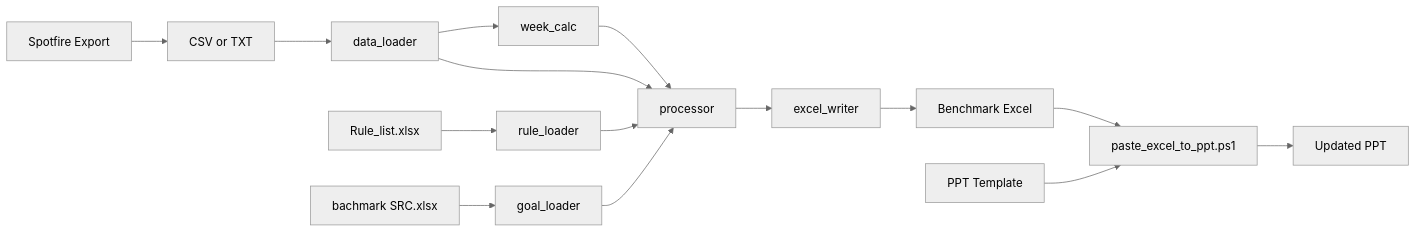
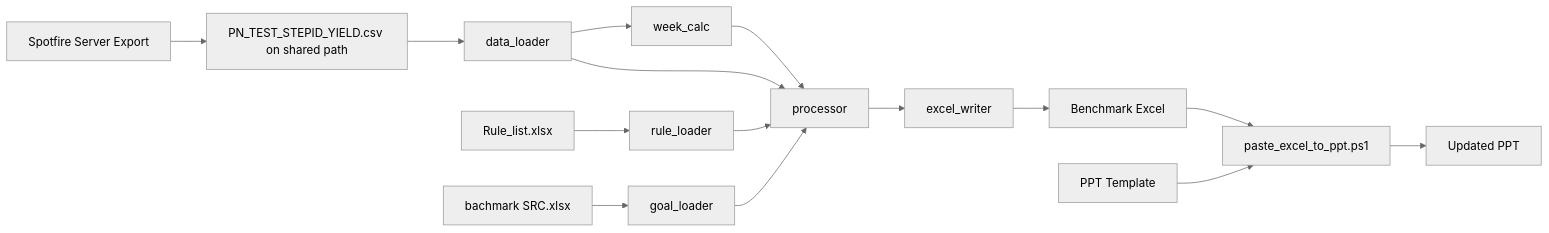
One commit to Adolph-jpf/beachmark_iNAND changed the diagram in README.md. Above: the diagram before and after it, drawn with Mermaid (neutral theme). The commit also changed other lines of this file and 10 other files, not shown here.

First line of the commit message:
Add shared-path automation and Tuesday scheduled task

````diff
--- a/README.md
+++ b/README.md
@@ -90,17 +164,17 @@
 ```mermaid
 flowchart LR
-  spotfire[Spotfire Export] --> raw[CSV or TXT]
+  spotfire[Spotfire Server Export] --> raw[PN_TEST_STEPID_YIELD.csv on shared path]
   raw --> loader[data_loader]
   rules[Rule_list.xlsx] --> rule_loader[rule_loader]
   src[bachmark SRC.xlsx] --> goal_loader[goal_loader]
   loader --> periods[week_calc]
   loader --> processor[processor]
   rule_loader --> processor
   goal_loader --> processor
   periods --> processor
   processor --> excel_writer[excel_writer]
   excel_writer --> xlsx[Benchmark Excel]
   xlsx --> ppt_script[paste_excel_to_ppt.ps1]
   ppt_template[PPT Template] --> ppt_script
   ppt_script --> ppt[Updated PPT]
 ```
````
